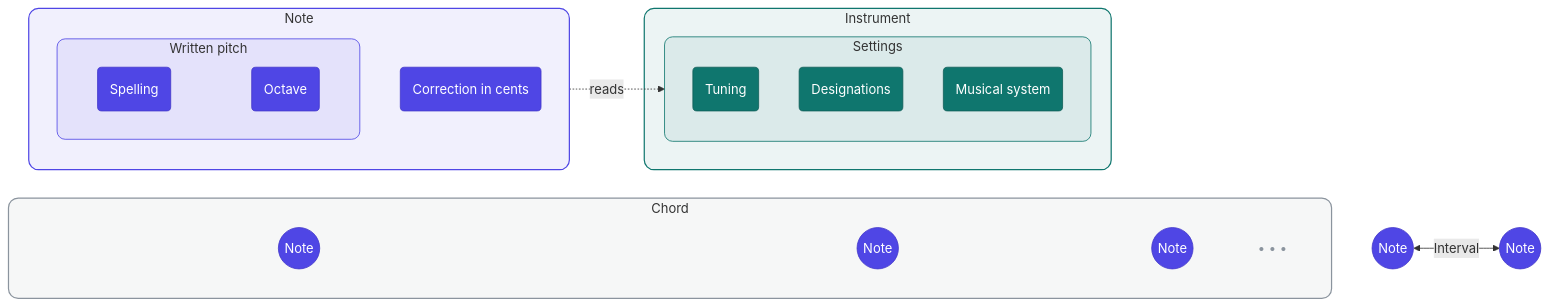
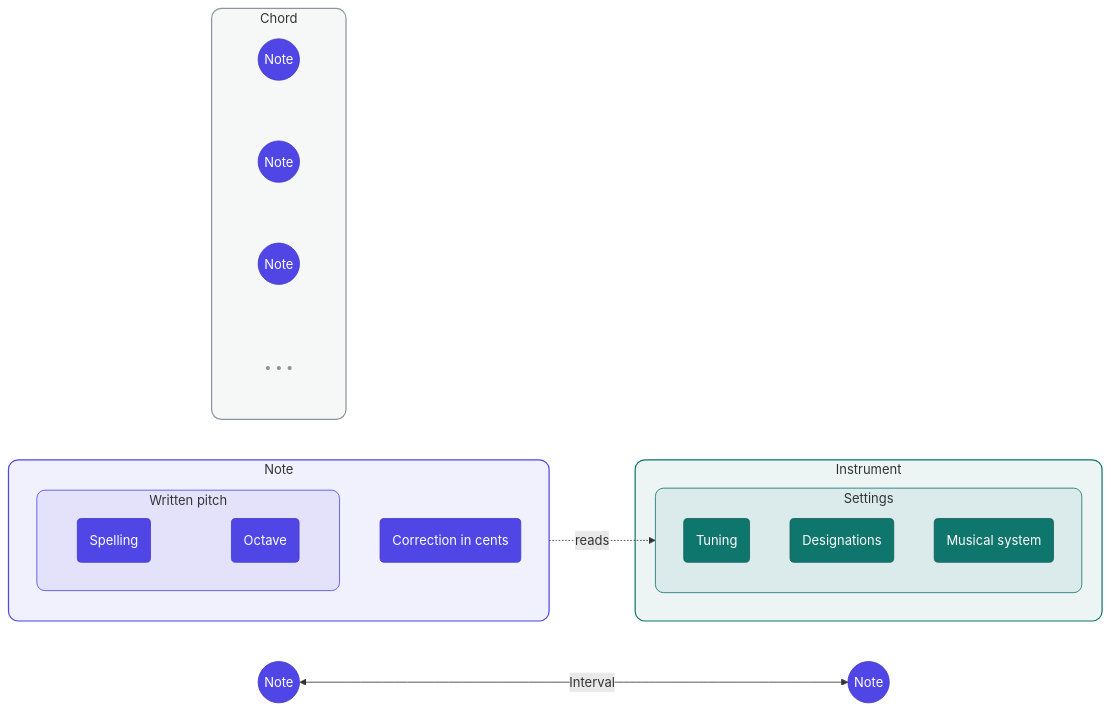
One commit to go-muse/musex changed the diagram in README.md. Above: the diagram before and after it, drawn with Mermaid.

Commit message:
docs: keep the Concept diagram clear of the GitHub viewer controls
On GitHub the pan and zoom buttons of the diagram viewer sit in the
lower right corner and covered the right note of the interval. Declare
the chord and the interval after the note and the instrument and drop
the invisible link from the chord to the interval, so that the layout
puts the chord in the top row, the note and the instrument in the
middle, and the interval in the bottom row, which now ends left of the
viewer controls.

Shapes, labels, links, and styles do not change.

````diff
--- a/README.md
+++ b/README.md
@@ -28,37 +28,37 @@
 ```mermaid
 flowchart LR
-    subgraph CHORD["Chord"]
-        C1(("Note")) ~~~ C2(("Note")) ~~~ C3(("Note")) ~~~ C4["• • •"]
-    end
-
-    C4 ~~~ I1(("Note")) <-->|"Interval"| I2(("Note"))
-
     subgraph NOTE["Note"]
         subgraph PITCH["Written pitch"]
             SP("Spelling") ~~~ OC("Octave")
         end
         CO("Correction#nbsp;in#nbsp;cents")
     end
 
     subgraph INSTRUMENT["Instrument"]
         subgraph SETTINGS["Settings"]
             TU("Tuning")
             DE("Designations")
             SY("Musical system")
         end
     end
 
     NOTE -. "reads" .-> SETTINGS
 
+    subgraph CHORD["Chord"]
+        C1(("Note")) ~~~ C2(("Note")) ~~~ C3(("Note")) ~~~ C4["• • •"]
+    end
+
+    I1(("Note")) <-->|"Interval"| I2(("Note"))
+
     classDef note fill:#4f46e5,stroke:#4338ca,color:#ffffff
     classDef setting fill:#0f766e,stroke:#115e59,color:#ffffff
     classDef more fill:none,stroke:none,color:#8b949e
     class SP,OC,CO,C1,C2,C3,I1,I2 note
     class TU,DE,SY setting
     class C4 more
     style NOTE fill:#4f46e514,stroke:#4f46e5,stroke-width:1.5px,rx:12,ry:12
     style PITCH fill:#4f46e514,stroke:#4f46e5,stroke-width:1px,rx:10,ry:10
     style INSTRUMENT fill:#0f766e14,stroke:#0f766e,stroke-width:1.5px,rx:12,ry:12
     style SETTINGS fill:#0f766e14,stroke:#0f766e,stroke-width:1px,rx:10,ry:10
     style CHORD fill:#8b949e14,stroke:#8b949e,stroke-width:1.5px,rx:12,ry:12
 ```
````
